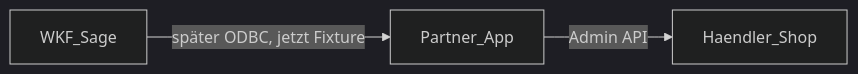
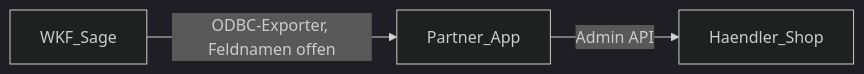
One commit to devfreund/Shopify-Integration-Pr-sente changed the diagram in docs/PLAN.md. Above: the diagram before and after it, drawn with Mermaid (dark theme). The commit also changed other lines of this file and 25 other files, not shown here.

````diff
--- a/docs/PLAN.md
+++ b/docs/PLAN.md
@@ -18,8 +20,8 @@
 ```mermaid
 flowchart LR
   WkfSage[WKF_Sage]
   App[Partner_App]
   MerchantShop[Haendler_Shop]
-  WkfSage -->|"später ODBC, jetzt Fixture"| App
+  WkfSage -->|"ODBC-Exporter, Feldnamen offen"| App
   App -->|"Admin API"| MerchantShop
 ```
````
